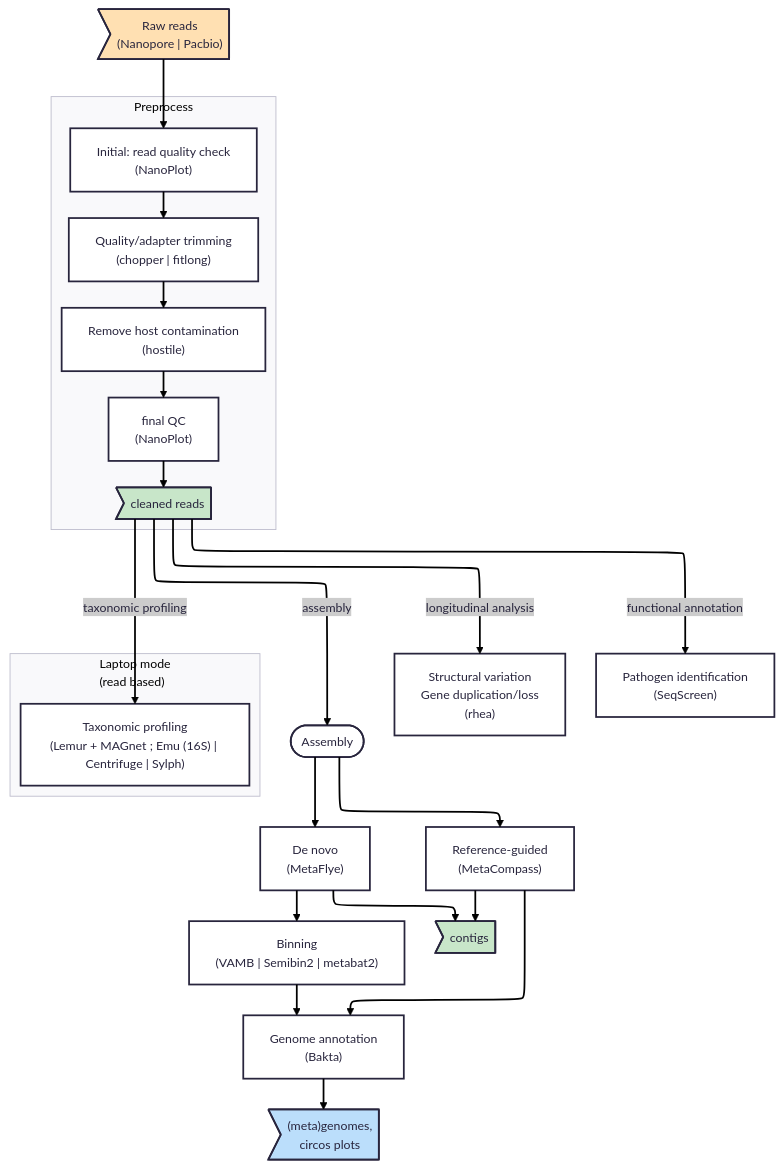
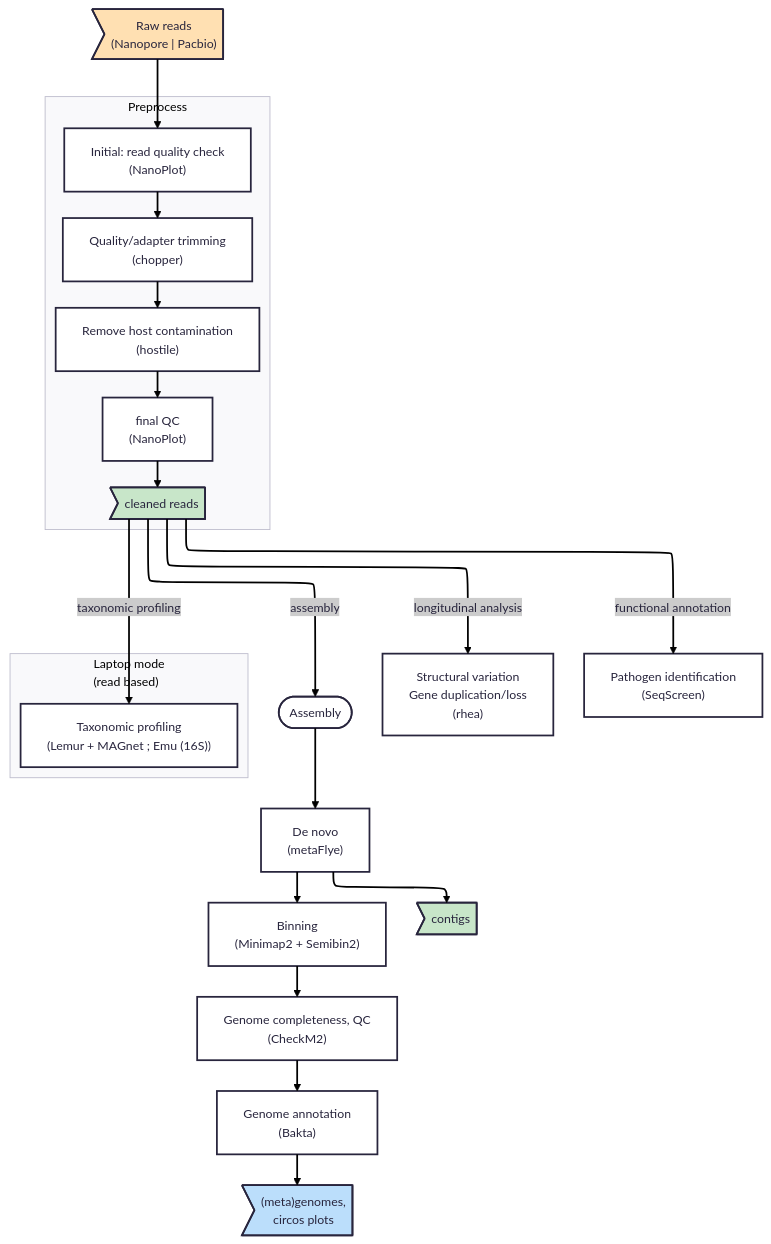
The diagram in flowchart.mmd (treangenlab/somatem-docs), drawn with Mermaid before and after one commit.

Commit message:
show only current tools - asm: remove refguided, add checkm2 QC - tax prof: removed centrifuge and sylph for now

```diff
--- a/flowchart.mmd
+++ b/flowchart.mmd
@@ -1,80 +1,86 @@
 ---
 config:
   theme: redux
   look: classic
   layout: elk
 ---
 flowchart TD
 
  rawreads>"Raw reads<br>(Nanopore | Pacbio)"] --> initqc
 
 
  subgraph Preprocess
      direction LR
      initqc["Initial: read quality check<br>(NanoPlot)"]
-     trimming["Quality/adapter trimming<br>(chopper | fitlong)"]  
+     trimming["Quality/adapter trimming<br>(chopper)"]  
      dehost["Remove host contamination<br>(hostile)"]
      finalqc["final QC<br>(NanoPlot)"]
      
      reads>"cleaned reads"]
      initqc --> trimming --> dehost --> finalqc --> reads
  end
 
  
  assembly(["Assembly"])
- denovo["De novo<br>(MetaFlye)"]
- refguided["Reference-guided<br>(MetaCompass)"]
- binning["Binning<br>(VAMB | Semibin2 | metabat2)"]
+ denovo["De novo<br>(metaFlye)"]
+%%  refguided["Reference-guided<br>(MetaCompass)"]
+ binning["Binning<br>(Minimap2 + Semibin2)"]
+ genomeqc["Genome completeness, QC <br>(CheckM2)"]
  annotation["Genome annotation<br>(Bakta)"]
 
  genesnp["Structural variation<br> Gene duplication/loss<br>(rhea)"]
 
   %% for future implementation 
   %% othergenomic(["multi-genomic analyses"])
   %% pangenomics["Pangenomics<br>(tmhg-finder)"]
   %% metabolic["Metabolic reconstruction<br>(bakdrive + micom | apollo)"]
   %% othergenomic --> pangenomics & genesnp & metabolic
   
- assembly --> denovo & refguided
- denovo & refguided --> contigs>"contigs"]
+ assembly --> denovo
+ denovo --> contigs>"contigs"]
  denovo --> binning
- binning & refguided --> annotation
+ binning --> genomeqc
+ genomeqc --> annotation
  annotation --> genome>"(meta)genomes,<br>circos plots"]
 
  pathogen["Pathogen identification<br>(SeqScreen)"]
 
  subgraph Laptop_Mode["Laptop mode<br>(read based)"]
-  taxonomic["Taxonomic profiling<br>(Lemur + MAGnet ; Emu (16S) | Centrifuge | Sylph)"]
+  taxonomic["Taxonomic profiling<br>(Lemur + MAGnet ; Emu (16S))"]
  end
 
  reads --"taxonomic profiling"--> taxonomic  
  reads --"functional annotation"--> pathogen
  reads --"assembly"--> assembly
  reads --"longitudinal analysis"--> genesnp
 
  %%  Co-analysis for higher confidence
 %%  hard to show this even as a sub-graph (distorts the flowchart)
 %%  co-analysis["Co-analysis for higher confidence"] 
 %%  reads & contigs --> co-analysis --> taxonomic & pathogen 
 
 
 %% Style rendering
     style contigs fill:#C8E6C9
     style reads fill:#C8E6C9
     style genome fill:#BBDEFB 
     style rawreads fill:#FFE0B2
 
 %% Notes: from v1-whiteboard
 %% What could be "Synthetic data" near data types?
 %% Preprocessing: 
 %%   add length to trimming node (length filtering)
 %%   add depth sampling node
+%% Taxonomic profiling: 
+%%   MAGnet, Sylph: removed for now ; will add back when implemented + choice is clear
 %% Functional annotation:
 %%   SeqScreen et. al. don't work on laptop. Move to workstation mode?
 %%   Rethink functional annotation name to "ARG" and add `AMR++ with the megares 3 db` to it?
+%% Assembly: 
+%%   Refguided: node removed ; metaCompass not compatible with long-reads
 %% Metabolic reconstruction:
 %%   Bakdrive can take in emu output (Austin). Check and include in the flowchart. 
 %% Database: 
 %%   Add node to show databases in a node?
 %%   Bacteria: GTDB, RefSeq, Plasmid/ARG, viral: ..
 %% Final report: Find a way to show the final report in the flowchart?
```
